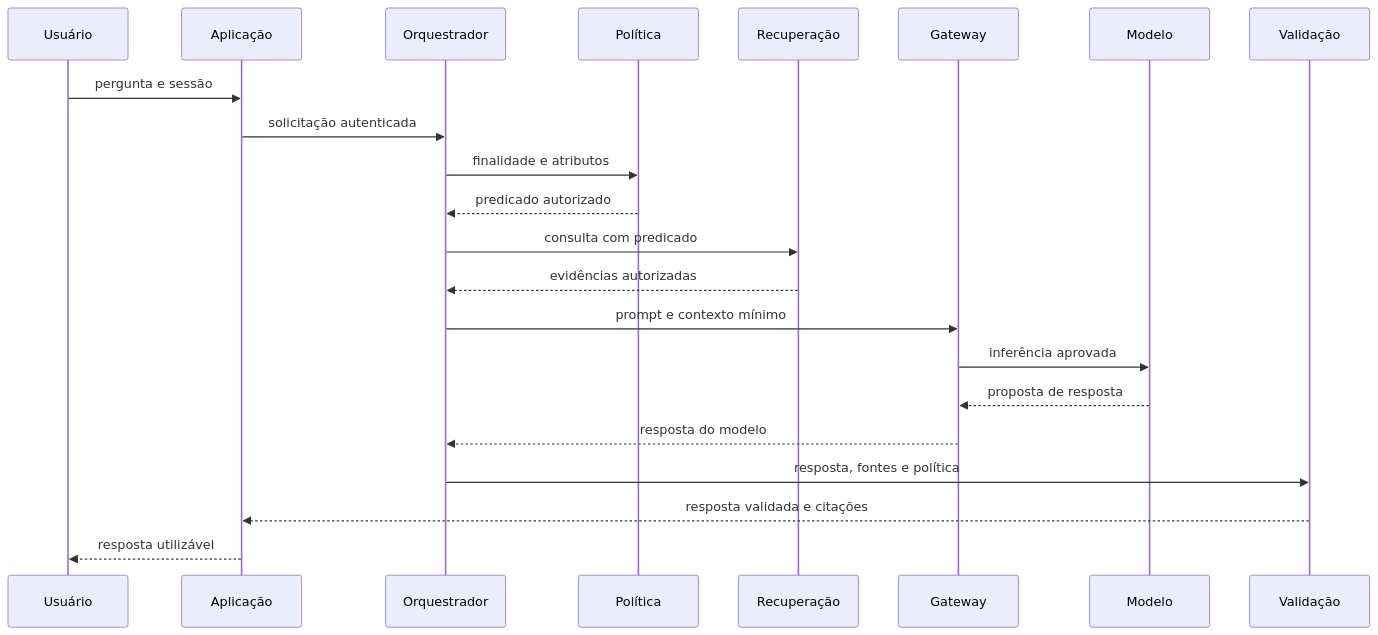
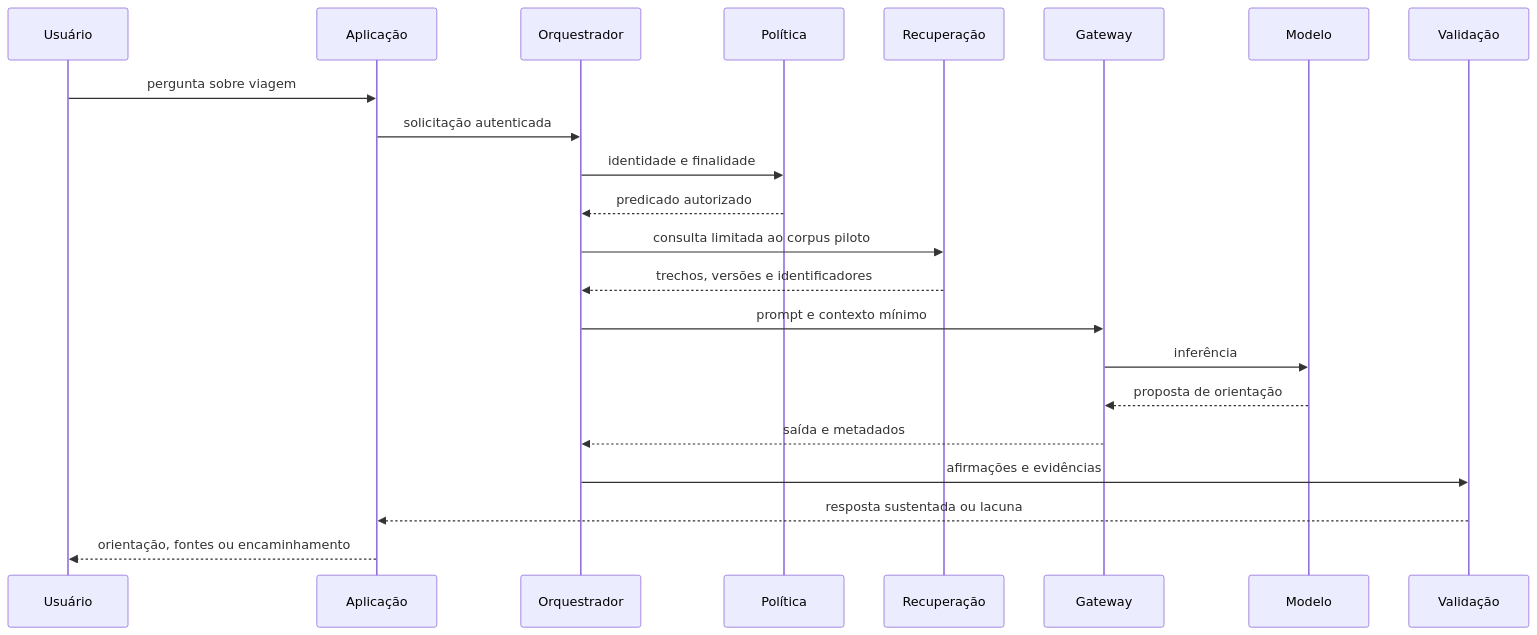
Before and after one commit to aulas-marco/arquitetura-solucoes-ia-generativa: the second of 2 diagrams in docs/modulo-1-fundamentos/exemplo-arquitetural.md, drawn with Mermaid. The commit also changed other lines of this file and 12 other files, not shown here.

````diff
--- a/docs/modulo-1-fundamentos/exemplo-arquitetural.md
+++ b/docs/modulo-1-fundamentos/exemplo-arquitetural.md
@@ -28,24 +53,24 @@
 ```mermaid
 sequenceDiagram
     participant U as Usuário
     participant A as Aplicação
     participant O as Orquestrador
     participant P as Política
     participant R as Recuperação
     participant G as Gateway
     participant M as Modelo
     participant V as Validação
-    U->>A: pergunta e sessão
+    U->>A: pergunta sobre viagem
     A->>O: solicitação autenticada
-    O->>P: finalidade e atributos
+    O->>P: identidade e finalidade
     P-->>O: predicado autorizado
-    O->>R: consulta com predicado
-    R-->>O: evidências autorizadas
+    O->>R: consulta limitada ao corpus piloto
+    R-->>O: trechos, versões e identificadores
     O->>G: prompt e contexto mínimo
-    G->>M: inferência aprovada
-    M-->>G: proposta de resposta
-    G-->>O: resposta do modelo
-    O->>V: resposta, fontes e política
-    V-->>A: resposta validada e citações
-    A-->>U: resposta utilizável
+    G->>M: inferência
+    M-->>G: proposta de orientação
+    G-->>O: saída e metadados
+    O->>V: afirmações e evidências
+    V-->>A: resposta sustentada ou lacuna
+    A-->>U: orientação, fontes ou encaminhamento
 ```
````
